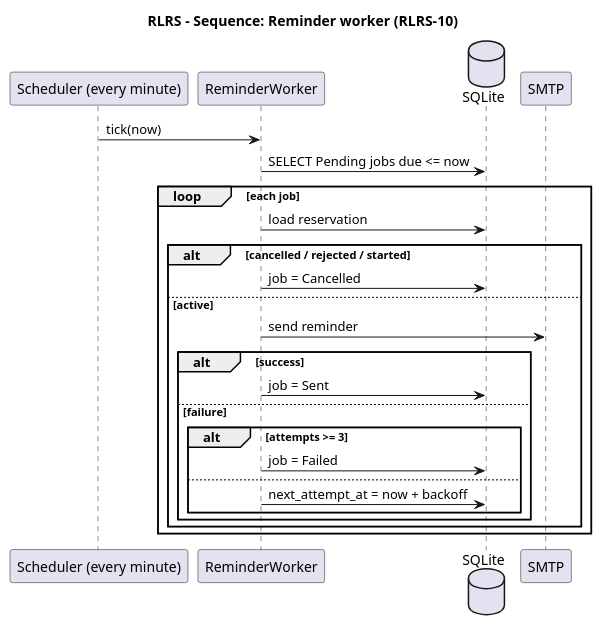
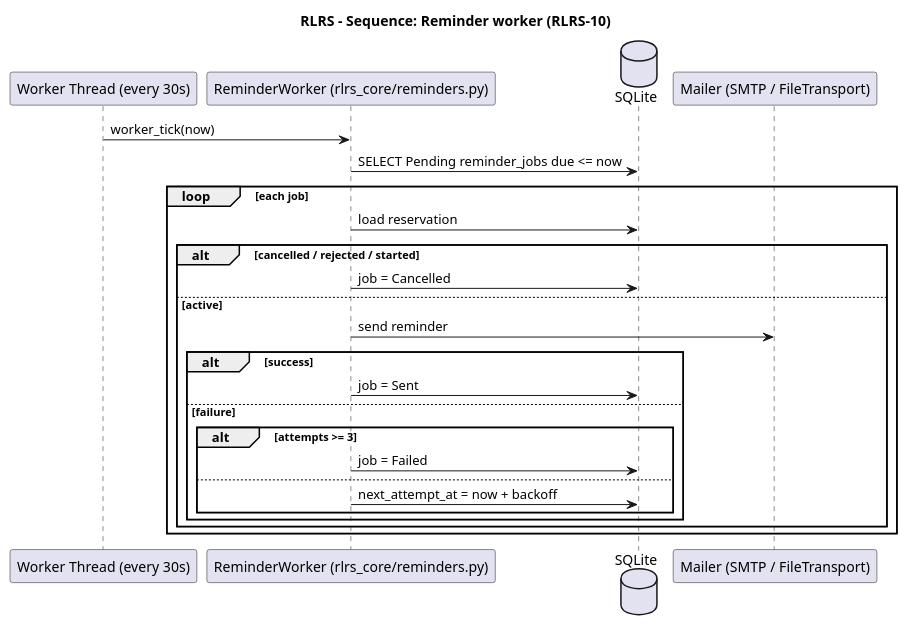
Before and after one commit to mahipalsinghhh/SE_Team_11: the diagram in MIni Project/rlrs/docs/diagrams/03_sequence_reminder.puml, drawn with PlantUML. The commit also changed 11 other files, not shown here.

Commit message:
docs(RLRS-15): export v1.1 SRS, SAD, and Test Plan PDFs with embedded UML diagrams

```diff
--- a/MIni Project/rlrs/docs/diagrams/03_sequence_reminder.puml
+++ b/MIni Project/rlrs/docs/diagrams/03_sequence_reminder.puml
@@ -1,26 +1,26 @@
 @startuml
 title RLRS - Sequence: Reminder worker (RLRS-10)
-participant "Scheduler (every minute)" as S
-participant "ReminderWorker" as W
+participant "Worker Thread (every 30s)" as S
+participant "ReminderWorker (rlrs_core/reminders.py)" as W
 database "SQLite" as DB
-participant "SMTP" as M
-S -> W : tick(now)
-W -> DB : SELECT Pending jobs due <= now
+participant "Mailer (SMTP / FileTransport)" as M
+S -> W : worker_tick(now)
+W -> DB : SELECT Pending reminder_jobs due <= now
 loop each job
   W -> DB : load reservation
   alt cancelled / rejected / started
     W -> DB : job = Cancelled
   else active
     W -> M : send reminder
     alt success
       W -> DB : job = Sent
     else failure
       alt attempts >= 3
         W -> DB : job = Failed
       else
         W -> DB : next_attempt_at = now + backoff
       end
     end
   end
 end
 @enduml
```
